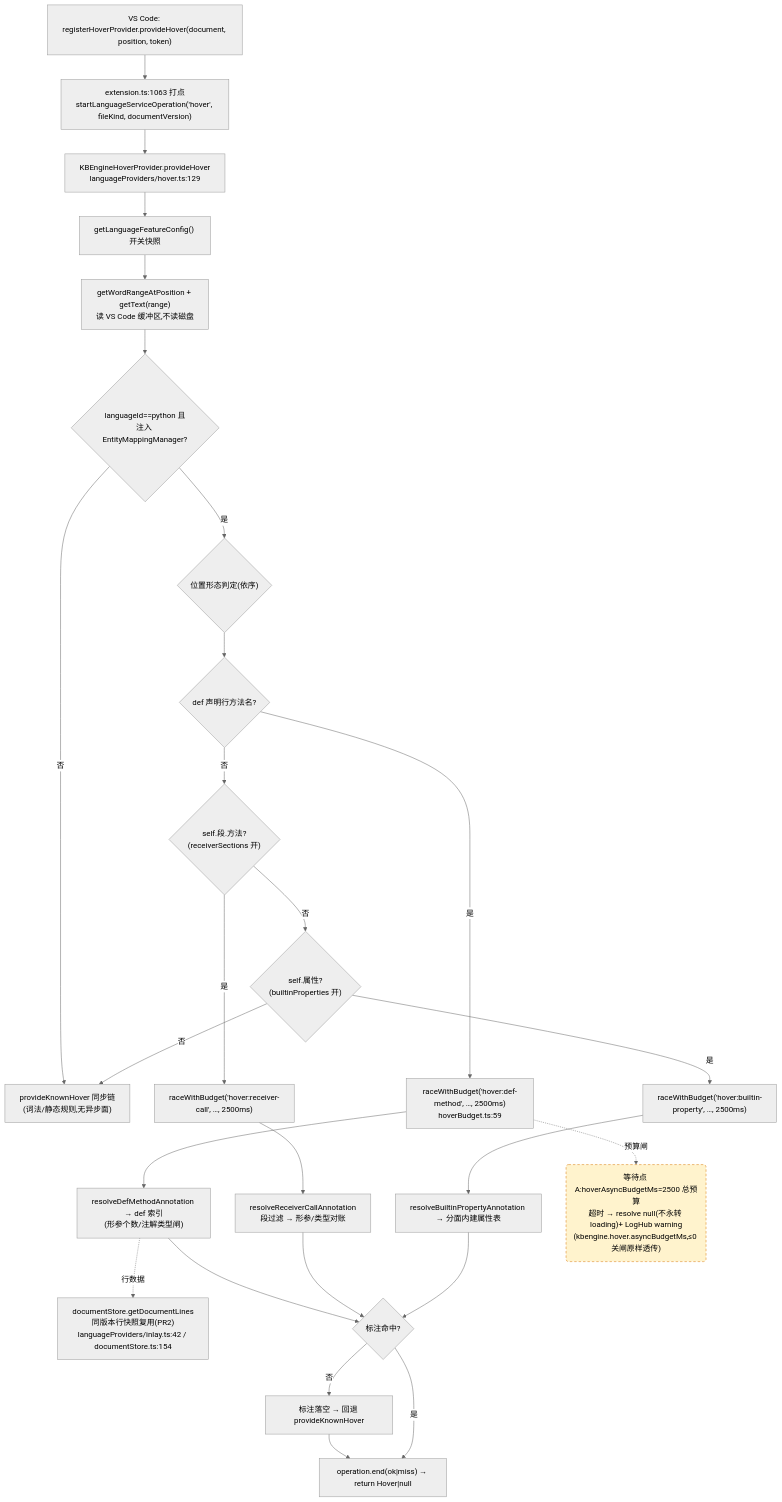
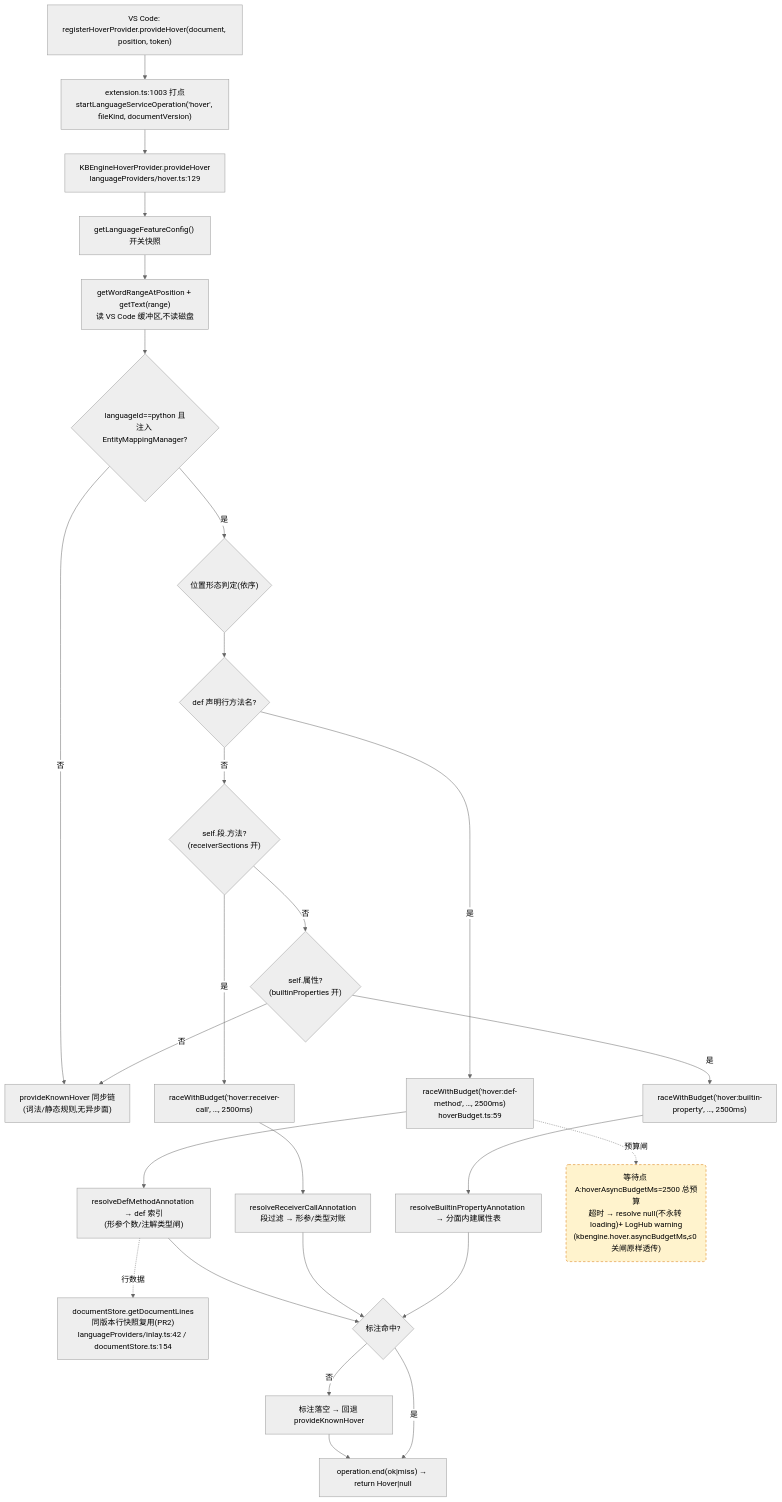
Before and after one commit to cuihairu/kode: the first of 4 diagrams in docs/perf/2026-baseline.md, drawn with Mermaid (neutral theme). The commit also changed other lines of this file and 5 other files, not shown here.

````diff
--- a/docs/perf/2026-baseline.md
+++ b/docs/perf/2026-baseline.md
@@ -82,45 +82,45 @@
 ```mermaid
 flowchart TD
   VC1["VS Code: registerHoverProvider.provideHover(document, position, token)"]
-  M1["extension.ts:1063 打点<br/>startLanguageServiceOperation('hover', fileKind, documentVersion)"]
+  M1["extension.ts:1003 打点<br/>startLanguageServiceOperation('hover', fileKind, documentVersion)"]
   HP["KBEngineHoverProvider.provideHover<br/>languageProviders/hover.ts:129"]
   CFG["getLanguageFeatureConfig() 开关快照"]
   WORD["getWordRangeAtPosition + getText(range)<br/>读 VS Code 缓冲区,不读磁盘"]
   BR{"languageId==python 且<br/>注入 EntityMappingManager?"}
   KN["provideKnownHover 同步链<br/>(词法/静态规则,无异步面)"]
   POS{"位置形态判定(依序)"}
   D1{"def 声明行方法名?"}
   D2{"self.段.方法?<br/>(receiverSections 开)"}
   D3{"self.属性?<br/>(builtinProperties 开)"}
   RA1["raceWithBudget('hover:def-method', …, 2500ms)<br/>hoverBudget.ts:59"]
   RA2["raceWithBudget('hover:receiver-call', …, 2500ms)"]
   RA3["raceWithBudget('hover:builtin-property', …, 2500ms)"]
   RS1["resolveDefMethodAnnotation → def 索引<br/>(形参个数/注解类型闸)"]
   RS2["resolveReceiverCallAnnotation<br/>段过滤 → 形参/类型对账"]
   RS3["resolveBuiltinPropertyAnnotation → 分面内建属性表"]
   LINES["documentStore.getDocumentLines<br/>同版本行快照复用(PR2)<br/>languageProviders/inlay.ts:42 / documentStore.ts:154"]
   MISS["标注落空 → 回退 provideKnownHover"]
   END1["operation.end(ok|miss) → return Hover|null"]
 
   VC1 --> M1 --> HP --> CFG --> WORD --> BR
   BR -- "否" --> KN
   BR -- "是" --> POS --> D1
   D1 -- "是" --> RA1 --> RS1
   D1 -- "否" --> D2
   D2 -- "是" --> RA2 --> RS2
   D2 -- "否" --> D3
   D3 -- "是" --> RA3 --> RS3
   D3 -- "否" --> KN
   RS1 --> HIT{"标注命中?"}
   RS2 --> HIT
   RS3 --> HIT
   RS1 -.->|行数据| LINES
   HIT -- "否" --> MISS --> END1
   HIT -- "是" --> END1
 
   WAITA("等待点 A:hoverAsyncBudgetMs=2500 总预算<br/>超时 → resolve null(不永转 loading)+ LogHub warning<br/>(kbengine.hover.asyncBudgetMs,≤0 关闸原样透传)")
   RA1 -.->|预算闸| WAITA
 
   classDef waitPoint fill:#fff3cd,stroke:#d97706,stroke-dasharray:5 4;
   class WAITA waitPoint;
 ```
````
